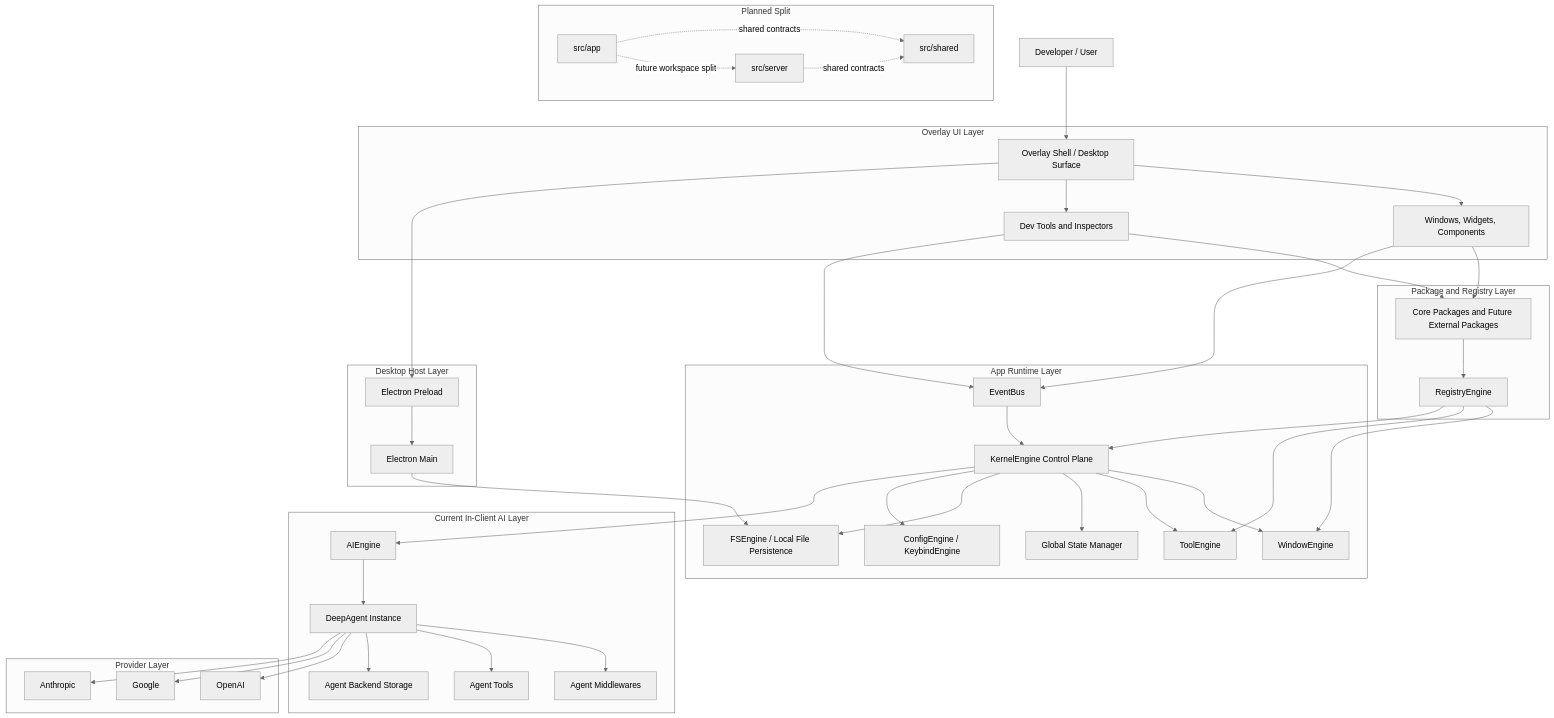
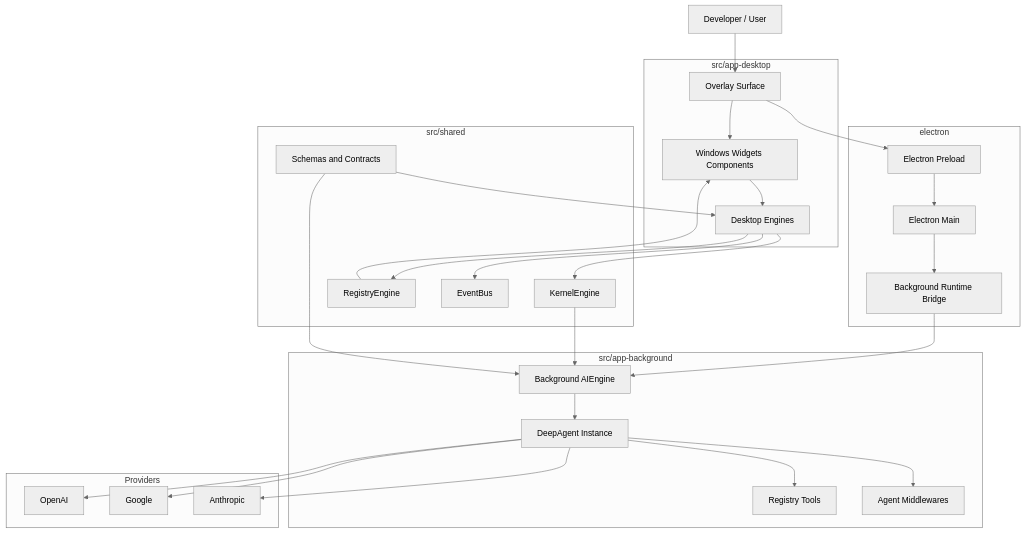
Before and after one commit to ItsJiran/Ace: the diagram in README.md, drawn with Mermaid (neutral theme). The commit also changed other lines of this file and 25 other files, not shown here.

Commit message:
feat : adding registry tools directly to the ai tools, update readme md, window tools

````diff
--- a/README.md
+++ b/README.md
@@ -156,86 +162,58 @@
 flowchart TD
 	U[Developer / User]
 
-	subgraph UI[Overlay UI Layer]
-		O[Overlay Shell / Desktop Surface]
-		W[Windows, Widgets, Components]
-		D[Dev Tools and Inspectors]
+	subgraph RENDERER[src/app-desktop]
+		O[Overlay Surface]
+		W[Windows Widgets Components]
+		DE[Desktop Engines]
 	end
 
-	subgraph PKG[Package and Registry Layer]
-		P[Core Packages and Future External Packages]
+	subgraph SHARED[src/shared]
+		K[KernelEngine]
 		R[RegistryEngine]
+		E[EventBus]
+		S[Schemas and Contracts]
 	end
 
-	subgraph APP[App Runtime Layer]
-		K[KernelEngine Control Plane]
-		E[EventBus]
-		WM[WindowEngine]
-		TM[ToolEngine]
-		GM[Global State Manager]
-		FS[FSEngine / Local File Persistence]
-		CF[ConfigEngine / KeybindEngine]
+	subgraph BACKGROUND[src/app-background]
+		BA[Background AIEngine]
+		DA[DeepAgent Instance]
+		AT[Registry Tools]
+		AM[Agent Middlewares]
 	end
 
-	subgraph AI[Current In-Client AI Layer]
-		AE[AIEngine]
-		DA[DeepAgent Instance]
-		AM[Agent Middlewares]
-		AT[Agent Tools]
-		AB[Agent Backend Storage]
+	subgraph ELECTRON[electron]
+		EM[Electron Main]
+		EP[Electron Preload]
+		BR[Background Runtime Bridge]
 	end
 
-	subgraph DESKTOP[Desktop Host Layer]
-		EM[Electron Main]
-		EP[Electron Preload]
-	end
-
-	subgraph MODEL[Provider Layer]
+	subgraph MODELS[Providers]
 		OA[OpenAI]
 		GG[Google]
 		AN[Anthropic]
 	end
 
-	subgraph FUTURE[Planned Split]
-		APPKG[src/app]
-		SERVERKG[src/server]
-		SHAREDKG[src/shared]
-	end
-
 	U --> O
 	O --> W
-	O --> D
-	W --> P
-	D --> P
-	P --> R
-
-	W --> E
-	D --> E
-	R --> WM
-	R --> TM
-	R --> K
-
-	E --> K
-	K --> WM
-	K --> TM
-	K --> GM
-	K --> FS
-	K --> CF
-	K --> AE
+	W --> DE
+	DE --> K
+	DE --> R
+	DE --> E
+	R --> W
 
 	O --> EP
 	EP --> EM
-	EM --> FS
-	AE --> DA
+	EM --> BR
+	BR --> BA
+	BA --> DA
+	DA --> AT
 	DA --> AM
-	DA --> AT
-	DA --> AB
 
+	K --> BA
+	S --> DE
+	S --> BA
 	DA --> OA
 	DA --> GG
 	DA --> AN
-
-	APPKG -. future workspace split .-> SERVERKG
-	APPKG -. shared contracts .-> SHAREDKG
-	SERVERKG -. shared contracts .-> SHAREDKG
 ```
````
